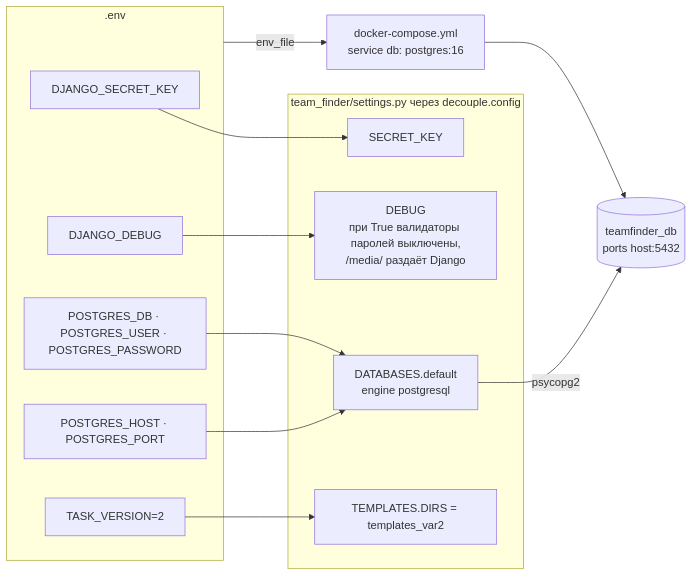
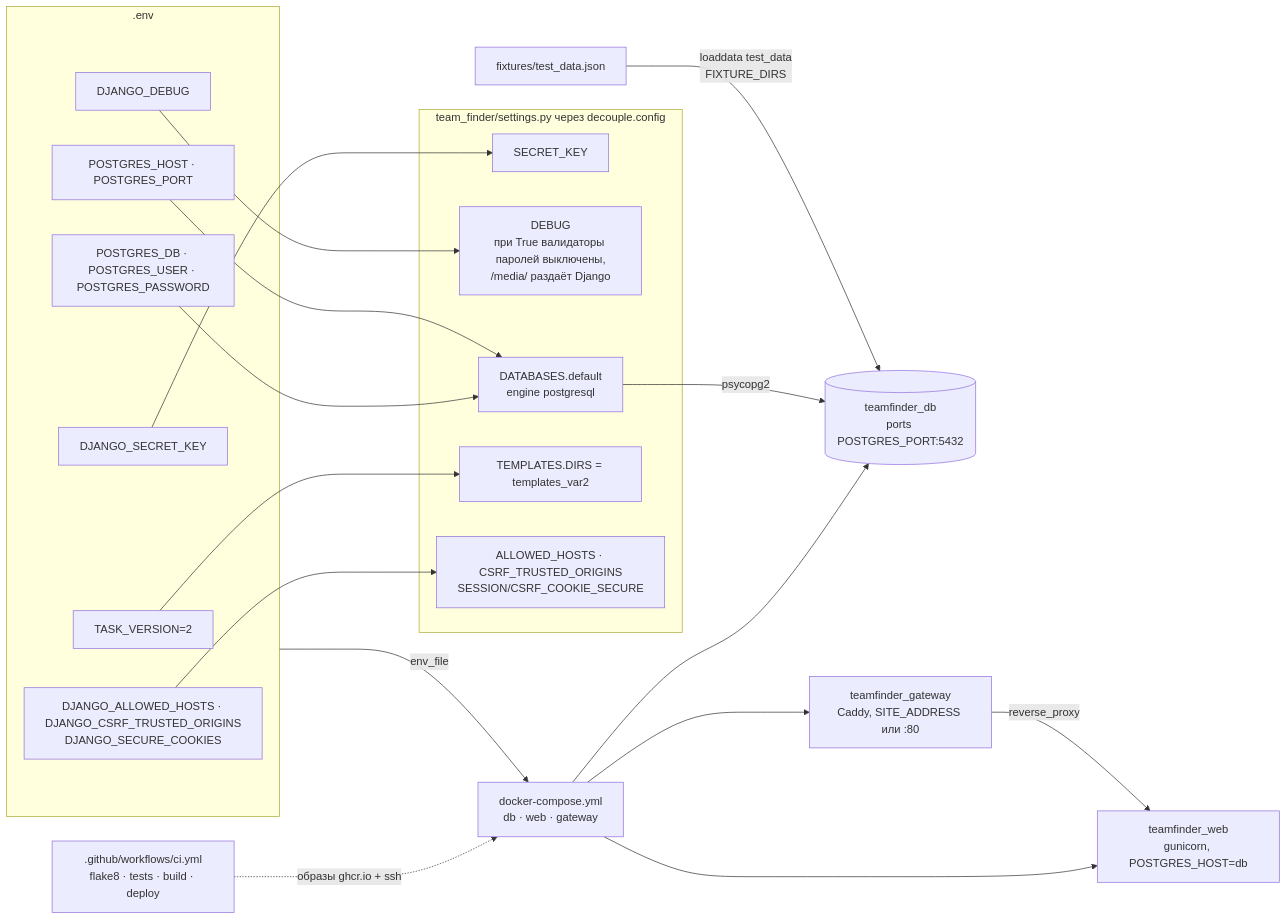
Before and after one commit to g3eraa/team-finder-ad: diagram 24 of 24 in ARCHITECTURE.md, drawn with Mermaid. The commit also changed other lines of this file and 53 other files, not shown here.

````diff
--- a/ARCHITECTURE.md
+++ b/ARCHITECTURE.md
@@ -874,26 +906,35 @@
 ```mermaid
 flowchart LR
     subgraph ENVF[".env"]
         K1["DJANGO_SECRET_KEY"]
         K2["DJANGO_DEBUG"]
+        K6["DJANGO_ALLOWED_HOSTS · DJANGO_CSRF_TRUSTED_ORIGINS<br/>DJANGO_SECURE_COOKIES"]
         K3["POSTGRES_DB · POSTGRES_USER · POSTGRES_PASSWORD"]
         K4["POSTGRES_HOST · POSTGRES_PORT"]
         K5["TASK_VERSION=2"]
     end
 
     subgraph SETTINGS["team_finder/settings.py через decouple.config"]
         S1["SECRET_KEY"]
         S2["DEBUG<br/>при True валидаторы паролей выключены,<br/>/media/ раздаёт Django"]
         S3["DATABASES.default<br/>engine postgresql"]
         S4["TEMPLATES.DIRS = templates_var2"]
+        S5["ALLOWED_HOSTS · CSRF_TRUSTED_ORIGINS<br/>SESSION/CSRF_COOKIE_SECURE"]
     end
 
     K1 --> S1
     K2 --> S2
     K3 & K4 --> S3
     K5 --> S4
+    K6 --> S5
 
-    ENVF -- "env_file" --> DC["docker-compose.yml<br/>service db: postgres:16"]
-    DC --> PG[("teamfinder_db<br/>ports host:5432")]
+    ENVF -- "env_file" --> DC["docker-compose.yml<br/>db · web · gateway"]
+    DC --> PG[("teamfinder_db<br/>ports POSTGRES_PORT:5432")]
+    DC --> WEB["teamfinder_web<br/>gunicorn, POSTGRES_HOST=db"]
+    DC --> GWY["teamfinder_gateway<br/>Caddy, SITE_ADDRESS или :80"]
+    GWY -- "reverse_proxy" --> WEB
     S3 -- "psycopg2" --> PG
+
+    FX["fixtures/test_data.json"] -- "loaddata test_data<br/>FIXTURE_DIRS" --> PG
+    CI[".github/workflows/ci.yml<br/>flake8 · tests · build · deploy"] -.->|"образы ghcr.io + ssh"| DC
 ```
````
